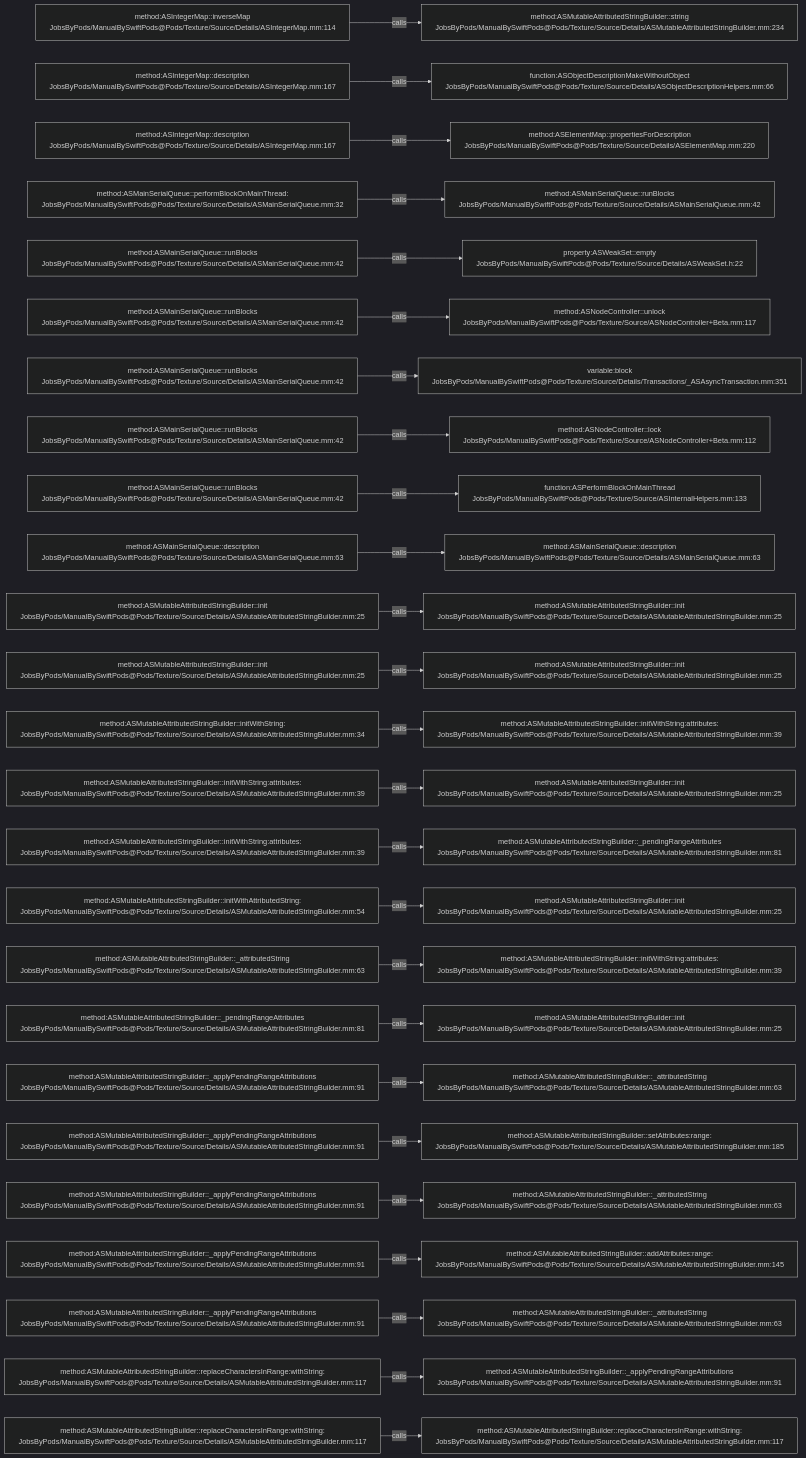
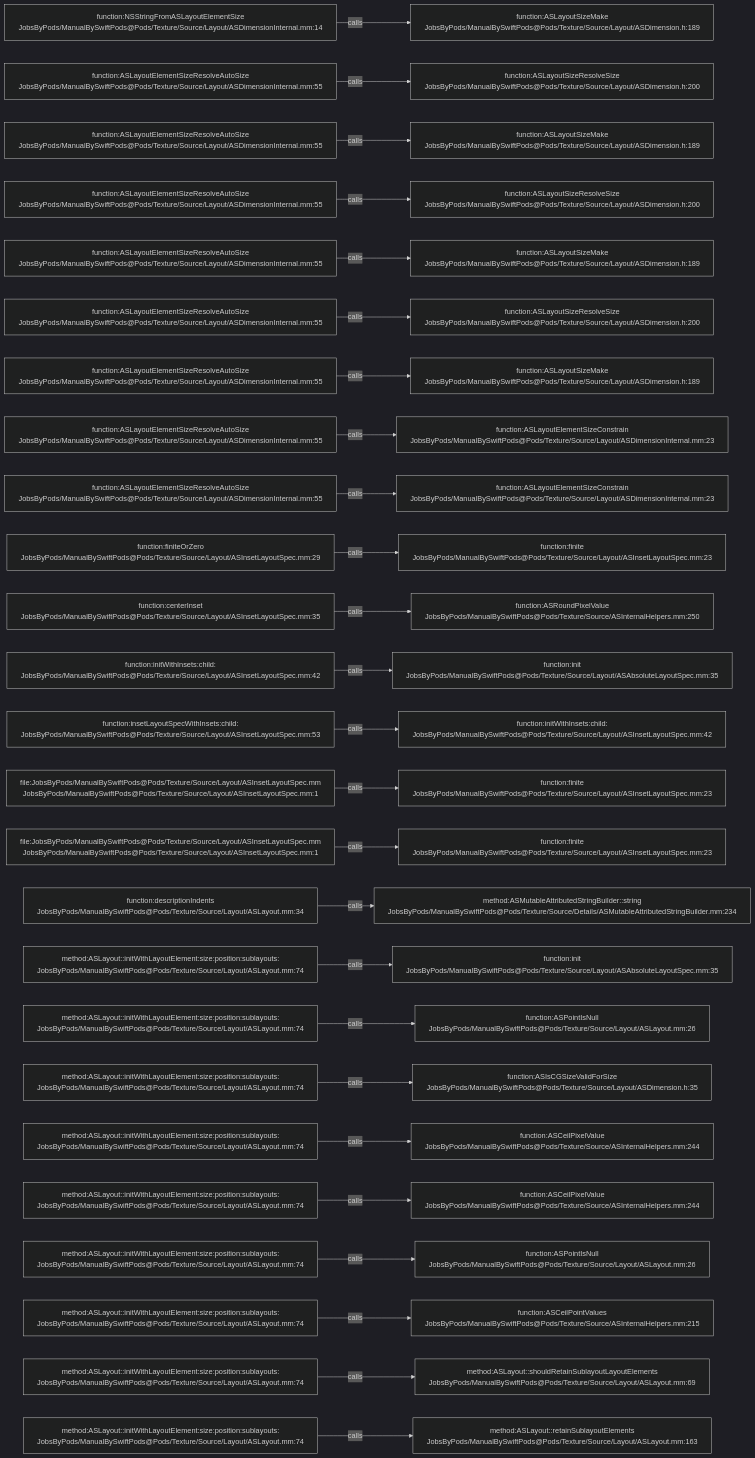
The diagram in .codegraph/codegraph.md/graphs/calls-108.md (JobsKits/JobsSwiftBaseConfigDemo), drawn with Mermaid (dark theme) before and after one commit. The commit also changed 832 other files, not shown here.

````diff
--- a/.codegraph/codegraph.md/graphs/calls-108.md
+++ b/.codegraph/codegraph.md/graphs/calls-108.md
@@ -13,78 +13,78 @@
 ```mermaid
 flowchart LR
-  S1["method:ASIntegerMap::inverseMap<br/>JobsByPods/ManualBySwiftPods@Pods/Texture/Source/Details/ASIntegerMap.mm:114"]
-  T1["method:ASMutableAttributedStringBuilder::string<br/>JobsByPods/ManualBySwiftPods@Pods/Texture/Source/Details/ASMutableAttributedStringBuilder.mm:234"]
+  S1["function:NSStringFromASLayoutElementSize<br/>JobsByPods/ManualBySwiftPods@Pods/Texture/Source/Layout/ASDimensionInternal.mm:14"]
+  T1["function:ASLayoutSizeMake<br/>JobsByPods/ManualBySwiftPods@Pods/Texture/Source/Layout/ASDimension.h:189"]
   S1 -->|calls| T1
-  S2["method:ASIntegerMap::description<br/>JobsByPods/ManualBySwiftPods@Pods/Texture/Source/Details/ASIntegerMap.mm:167"]
-  T2["function:ASObjectDescriptionMakeWithoutObject<br/>JobsByPods/ManualBySwiftPods@Pods/Texture/Source/Details/ASObjectDescriptionHelpers.mm:66"]
+  S2["function:ASLayoutElementSizeResolveAutoSize<br/>JobsByPods/ManualBySwiftPods@Pods/Texture/Source/Layout/ASDimensionInternal.mm:55"]
+  T2["function:ASLayoutSizeResolveSize<br/>JobsByPods/ManualBySwiftPods@Pods/Texture/Source/Layout/ASDimension.h:200"]
   S2 -->|calls| T2
-  S3["method:ASIntegerMap::description<br/>JobsByPods/ManualBySwiftPods@Pods/Texture/Source/Details/ASIntegerMap.mm:167"]
-  T3["method:ASElementMap::propertiesForDescription<br/>JobsByPods/ManualBySwiftPods@Pods/Texture/Source/Details/ASElementMap.mm:220"]
+  S3["function:ASLayoutElementSizeResolveAutoSize<br/>JobsByPods/ManualBySwiftPods@Pods/Texture/Source/Layout/ASDimensionInternal.mm:55"]
+  T3["function:ASLayoutSizeMake<br/>JobsByPods/ManualBySwiftPods@Pods/Texture/Source/Layout/ASDimension.h:189"]
   S3 -->|calls| T3
-  S4["method:ASMainSerialQueue::performBlockOnMainThread:<br/>JobsByPods/ManualBySwiftPods@Pods/Texture/Source/Details/ASMainSerialQueue.mm:32"]
-  T4["method:ASMainSerialQueue::runBlocks<br/>JobsByPods/ManualBySwiftPods@Pods/Texture/Source/Details/ASMainSerialQueue.mm:42"]
+  S4["function:ASLayoutElementSizeResolveAutoSize<br/>JobsByPods/ManualBySwiftPods@Pods/Texture/Source/Layout/ASDimensionInternal.mm:55"]
+  T4["function:ASLayoutSizeResolveSize<br/>JobsByPods/ManualBySwiftPods@Pods/Texture/Source/Layout/ASDimension.h:200"]
   S4 -->|calls| T4
-  S5["method:ASMainSerialQueue::runBlocks<br/>JobsByPods/ManualBySwiftPods@Pods/Texture/Source/Details/ASMainSerialQueue.mm:42"]
-  T5["property:ASWeakSet::empty<br/>JobsByPods/ManualBySwiftPods@Pods/Texture/Source/Details/ASWeakSet.h:22"]
+  S5["function:ASLayoutElementSizeResolveAutoSize<br/>JobsByPods/ManualBySwiftPods@Pods/Texture/Source/Layout/ASDimensionInternal.mm:55"]
+  T5["function:ASLayoutSizeMake<br/>JobsByPods/ManualBySwiftPods@Pods/Texture/Source/Layout/ASDimension.h:189"]
   S5 -->|calls| T5
-  S6["method:ASMainSerialQueue::runBlocks<br/>JobsByPods/ManualBySwiftPods@Pods/Texture/Source/Details/ASMainSerialQueue.mm:42"]
-  T6["method:ASNodeController::unlock<br/>JobsByPods/ManualBySwiftPods@Pods/Texture/Source/ASNodeController+Beta.mm:117"]
+  S6["function:ASLayoutElementSizeResolveAutoSize<br/>JobsByPods/ManualBySwiftPods@Pods/Texture/Source/Layout/ASDimensionInternal.mm:55"]
+  T6["function:ASLayoutSizeResolveSize<br/>JobsByPods/ManualBySwiftPods@Pods/Texture/Source/Layout/ASDimension.h:200"]
   S6 -->|calls| T6
-  S7["method:ASMainSerialQueue::runBlocks<br/>JobsByPods/ManualBySwiftPods@Pods/Texture/Source/Details/ASMainSerialQueue.mm:42"]
-  T7["variable:block<br/>JobsByPods/ManualBySwiftPods@Pods/Texture/Source/Details/Transactions/_ASAsyncTransaction.mm:351"]
+  S7["function:ASLayoutElementSizeResolveAutoSize<br/>JobsByPods/ManualBySwiftPods@Pods/Texture/Source/Layout/ASDimensionInternal.mm:55"]
+  T7["function:ASLayoutSizeMake<br/>JobsByPods/ManualBySwiftPods@Pods/Texture/Source/Layout/ASDimension.h:189"]
   S7 -->|calls| T7
-  S8["method:ASMainSerialQueue::runBlocks<br/>JobsByPods/ManualBySwiftPods@Pods/Texture/Source/Details/ASMainSerialQueue.mm:42"]
-  T8["method:ASNodeController::lock<br/>JobsByPods/ManualBySwiftPods@Pods/Texture/Source/ASNodeController+Beta.mm:112"]
+  S8["function:ASLayoutElementSizeResolveAutoSize<br/>JobsByPods/ManualBySwiftPods@Pods/Texture/Source/Layout/ASDimensionInternal.mm:55"]
+  T8["function:ASLayoutElementSizeConstrain<br/>JobsByPods/ManualBySwiftPods@Pods/Texture/Source/Layout/ASDimensionInternal.mm:23"]
   S8 -->|calls| T8
-  S9["method:ASMainSerialQueue::runBlocks<br/>JobsByPods/ManualBySwiftPods@Pods/Texture/Source/Details/ASMainSerialQueue.mm:42"]
-  T9["function:ASPerformBlockOnMainThread<br/>JobsByPods/ManualBySwiftPods@Pods/Texture/Source/ASInternalHelpers.mm:133"]
+  S9["function:ASLayoutElementSizeResolveAutoSize<br/>JobsByPods/ManualBySwiftPods@Pods/Texture/Source/Layout/ASDimensionInternal.mm:55"]
+  T9["function:ASLayoutElementSizeConstrain<br/>JobsByPods/ManualBySwiftPods@Pods/Texture/Source/Layout/ASDimensionInternal.mm:23"]
   S9 -->|calls| T9
-  S10["method:ASMainSerialQueue::description<br/>JobsByPods/ManualBySwiftPods@Pods/Texture/Source/Details/ASMainSerialQueue.mm:63"]
-  T10["method:ASMainSerialQueue::description<br/>JobsByPods/ManualBySwiftPods@Pods/Texture/Source/Details/ASMainSerialQueue.mm:63"]
+  S10["function:finiteOrZero<br/>JobsByPods/ManualBySwiftPods@Pods/Texture/Source/Layout/ASInsetLayoutSpec.mm:29"]
+  T10["function:finite<br/>JobsByPods/ManualBySwiftPods@Pods/Texture/Source/Layout/ASInsetLayoutSpec.mm:23"]
   S10 -->|calls| T10
-  S11["method:ASMutableAttributedStringBuilder::init<br/>JobsByPods/ManualBySwiftPods@Pods/Texture/Source/Details/ASMutableAttributedStringBuilder.mm:25"]
-  T11["method:ASMutableAttributedStringBuilder::init<br/>JobsByPods/ManualBySwiftPods@Pods/Texture/Source/Details/ASMutableAttributedStringBuilder.mm:25"]
+  S11["function:centerInset<br/>JobsByPods/ManualBySwiftPods@Pods/Texture/Source/Layout/ASInsetLayoutSpec.mm:35"]
+  T11["function:ASRoundPixelValue<br/>JobsByPods/ManualBySwiftPods@Pods/Texture/Source/ASInternalHelpers.mm:250"]
   S11 -->|calls| T11
-  S12["method:ASMutableAttributedStringBuilder::init<br/>JobsByPods/ManualBySwiftPods@Pods/Texture/Source/Details/ASMutableAttributedStringBuilder.mm:25"]
-  T12["method:ASMutableAttributedStringBuilder::init<br/>JobsByPods/ManualBySwiftPods@Pods/Texture/Source/Details/ASMutableAttributedStringBuilder.mm:25"]
+  S12["function:initWithInsets:child:<br/>JobsByPods/ManualBySwiftPods@Pods/Texture/Source/Layout/ASInsetLayoutSpec.mm:42"]
+  T12["function:init<br/>JobsByPods/ManualBySwiftPods@Pods/Texture/Source/Layout/ASAbsoluteLayoutSpec.mm:35"]
   S12 -->|calls| T12
-  S13["method:ASMutableAttributedStringBuilder::initWithString:<br/>JobsByPods/ManualBySwiftPods@Pods/Texture/Source/Details/ASMutableAttributedStringBuilder.mm:34"]
-  T13["method:ASMutableAttributedStringBuilder::initWithString:attributes:<br/>JobsByPods/ManualBySwiftPods@Pods/Texture/Source/Details/ASMutableAttributedStringBuilder.mm:39"]
+  S13["function:insetLayoutSpecWithInsets:child:<br/>JobsByPods/ManualBySwiftPods@Pods/Texture/Source/Layout/ASInsetLayoutSpec.mm:53"]
+  T13["function:initWithInsets:child:<br/>JobsByPods/ManualBySwiftPods@Pods/Texture/Source/Layout/ASInsetLayoutSpec.mm:42"]
   S13 -->|calls| T13
-  S14["method:ASMutableAttributedStringBuilder::initWithString:attributes:<br/>JobsByPods/ManualBySwiftPods@Pods/Texture/Source/Details/ASMutableAttributedStringBuilder.mm:39"]
-  T14["method:ASMutableAttributedStringBuilder::init<br/>JobsByPods/ManualBySwiftPods@Pods/Texture/Source/Details/ASMutableAttributedStringBuilder.mm:25"]
+  S14["file:JobsByPods/ManualBySwiftPods@Pods/Texture/Source/Layout/ASInsetLayoutSpec.mm<br/>JobsByPods/ManualBySwiftPods@Pods/Texture/Source/Layout/ASInsetLayoutSpec.mm:1"]
+  T14["function:finite<br/>JobsByPods/ManualBySwiftPods@Pods/Texture/Source/Layout/ASInsetLayoutSpec.mm:23"]
   S14 -->|calls| T14
-  S15["method:ASMutableAttributedStringBuilder::initWithString:attributes:<br/>JobsByPods/ManualBySwiftPods@Pods/Texture/Source/Details/ASMutableAttributedStringBuilder.mm:39"]
-  T15["method:ASMutableAttributedStringBuilder::_pendingRangeAttributes<br/>JobsByPods/ManualBySwiftPods@Pods/Texture/Source/Details/ASMutableAttributedStringBuilder.mm:81"]
+  S15["file:JobsByPods/ManualBySwiftPods@Pods/Texture/Source/Layout/ASInsetLayoutSpec.mm<br/>JobsByPods/ManualBySwiftPods@Pods/Texture/Source/Layout/ASInsetLayoutSpec.mm:1"]
+  T15["function:finite<br/>JobsByPods/ManualBySwiftPods@Pods/Texture/Source/Layout/ASInsetLayoutSpec.mm:23"]
   S15 -->|calls| T15
-  S16["method:ASMutableAttributedStringBuilder::initWithAttributedString:<br/>JobsByPods/ManualBySwiftPods@Pods/Texture/Source/Details/ASMutableAttributedStringBuilder.mm:54"]
-  T16["method:ASMutableAttributedStringBuilder::init<br/>JobsByPods/ManualBySwiftPods@Pods/Texture/Source/Details/ASMutableAttributedStringBuilder.mm:25"]
+  S16["function:descriptionIndents<br/>JobsByPods/ManualBySwiftPods@Pods/Texture/Source/Layout/ASLayout.mm:34"]
+  T16["method:ASMutableAttributedStringBuilder::string<br/>JobsByPods/ManualBySwiftPods@Pods/Texture/Source/Details/ASMutableAttributedStringBuilder.mm:234"]
   S16 -->|calls| T16
-  S17["method:ASMutableAttributedStringBuilder::_attributedString<br/>JobsByPods/ManualBySwiftPods@Pods/Texture/Source/Details/ASMutableAttributedStringBuilder.mm:63"]
-  T17["method:ASMutableAttributedStringBuilder::initWithString:attributes:<br/>JobsByPods/ManualBySwiftPods@Pods/Texture/Source/Details/ASMutableAttributedStringBuilder.mm:39"]
+  S17["method:ASLayout::initWithLayoutElement:size:position:sublayouts:<br/>JobsByPods/ManualBySwiftPods@Pods/Texture/Source/Layout/ASLayout.mm:74"]
+  T17["function:init<br/>JobsByPods/ManualBySwiftPods@Pods/Texture/Source/Layout/ASAbsoluteLayoutSpec.mm:35"]
   S17 -->|calls| T17
-  S18["method:ASMutableAttributedStringBuilder::_pendingRangeAttributes<br/>JobsByPods/ManualBySwiftPods@Pods/Texture/Source/Details/ASMutableAttributedStringBuilder.mm:81"]
-  T18["method:ASMutableAttributedStringBuilder::init<br/>JobsByPods/ManualBySwiftPods@Pods/Texture/Source/Details/ASMutableAttributedStringBuilder.mm:25"]
+  S18["method:ASLayout::initWithLayoutElement:size:position:sublayouts:<br/>JobsByPods/ManualBySwiftPods@Pods/Texture/Source/Layout/ASLayout.mm:74"]
+  T18["function:ASPointIsNull<br/>JobsByPods/ManualBySwiftPods@Pods/Texture/Source/Layout/ASLayout.mm:26"]
   S18 -->|calls| T18
-  S19["method:ASMutableAttributedStringBuilder::_applyPendingRangeAttributions<br/>JobsByPods/ManualBySwiftPods@Pods/Texture/Source/Details/ASMutableAttributedStringBuilder.mm:91"]
-  T19["method:ASMutableAttributedStringBuilder::_attributedString<br/>JobsByPods/ManualBySwiftPods@Pods/Texture/Source/Details/ASMutableAttributedStringBuilder.mm:63"]
+  S19["method:ASLayout::initWithLayoutElement:size:position:sublayouts:<br/>JobsByPods/ManualBySwiftPods@Pods/Texture/Source/Layout/ASLayout.mm:74"]
+  T19["function:ASIsCGSizeValidForSize<br/>JobsByPods/ManualBySwiftPods@Pods/Texture/Source/Layout/ASDimension.h:35"]
   S19 -->|calls| T19
-  S20["method:ASMutableAttributedStringBuilder::_applyPendingRangeAttributions<br/>JobsByPods/ManualBySwiftPods@Pods/Texture/Source/Details/ASMutableAttributedStringBuilder.mm:91"]
-  T20["method:ASMutableAttributedStringBuilder::setAttributes:range:<br/>JobsByPods/ManualBySwiftPods@Pods/Texture/Source/Details/ASMutableAttributedStringBuilder.mm:185"]
+  S20["method:ASLayout::initWithLayoutElement:size:position:sublayouts:<br/>JobsByPods/ManualBySwiftPods@Pods/Texture/Source/Layout/ASLayout.mm:74"]
+  T20["function:ASCeilPixelValue<br/>JobsByPods/ManualBySwiftPods@Pods/Texture/Source/ASInternalHelpers.mm:244"]
   S20 -->|calls| T20
-  S21["method:ASMutableAttributedStringBuilder::_applyPendingRangeAttributions<br/>JobsByPods/ManualBySwiftPods@Pods/Texture/Source/Details/ASMutableAttributedStringBuilder.mm:91"]
-  T21["method:ASMutableAttributedStringBuilder::_attributedString<br/>JobsByPods/ManualBySwiftPods@Pods/Texture/Source/Details/ASMutableAttributedStringBuilder.mm:63"]
+  S21["method:ASLayout::initWithLayoutElement:size:position:sublayouts:<br/>JobsByPods/ManualBySwiftPods@Pods/Texture/Source/Layout/ASLayout.mm:74"]
+  T21["function:ASCeilPixelValue<br/>JobsByPods/ManualBySwiftPods@Pods/Texture/Source/ASInternalHelpers.mm:244"]
   S21 -->|calls| T21
-  S22["method:ASMutableAttributedStringBuilder::_applyPendingRangeAttributions<br/>JobsByPods/ManualBySwiftPods@Pods/Texture/Source/Details/ASMutableAttributedStringBuilder.mm:91"]
-  T22["method:ASMutableAttributedStringBuilder::addAttributes:range:<br/>JobsByPods/ManualBySwiftPods@Pods/Texture/Source/Details/ASMutableAttributedStringBuilder.mm:145"]
+  S22["method:ASLayout::initWithLayoutElement:size:position:sublayouts:<br/>JobsByPods/ManualBySwiftPods@Pods/Texture/Source/Layout/ASLayout.mm:74"]
+  T22["function:ASPointIsNull<br/>JobsByPods/ManualBySwiftPods@Pods/Texture/Source/Layout/ASLayout.mm:26"]
   S22 -->|calls| T22
-  S23["method:ASMutableAttributedStringBuilder::_applyPendingRangeAttributions<br/>JobsByPods/ManualBySwiftPods@Pods/Texture/Source/Details/ASMutableAttributedStringBuilder.mm:91"]
-  T23["method:ASMutableAttributedStringBuilder::_attributedString<br/>JobsByPods/ManualBySwiftPods@Pods/Texture/Source/Details/ASMutableAttributedStringBuilder.mm:63"]
+  S23["method:ASLayout::initWithLayoutElement:size:position:sublayouts:<br/>JobsByPods/ManualBySwiftPods@Pods/Texture/Source/Layout/ASLayout.mm:74"]
+  T23["function:ASCeilPointValues<br/>JobsByPods/ManualBySwiftPods@Pods/Texture/Source/ASInternalHelpers.mm:215"]
   S23 -->|calls| T23
-  S24["method:ASMutableAttributedStringBuilder::replaceCharactersInRange:withString:<br/>JobsByPods/ManualBySwiftPods@Pods/Texture/Source/Details/ASMutableAttributedStringBuilder.mm:117"]
-  T24["method:ASMutableAttributedStringBuilder::_applyPendingRangeAttributions<br/>JobsByPods/ManualBySwiftPods@Pods/Texture/Source/Details/ASMutableAttributedStringBuilder.mm:91"]
+  S24["method:ASLayout::initWithLayoutElement:size:position:sublayouts:<br/>JobsByPods/ManualBySwiftPods@Pods/Texture/Source/Layout/ASLayout.mm:74"]
+  T24["method:ASLayout::shouldRetainSublayoutLayoutElements<br/>JobsByPods/ManualBySwiftPods@Pods/Texture/Source/Layout/ASLayout.mm:69"]
   S24 -->|calls| T24
-  S25["method:ASMutableAttributedStringBuilder::replaceCharactersInRange:withString:<br/>JobsByPods/ManualBySwiftPods@Pods/Texture/Source/Details/ASMutableAttributedStringBuilder.mm:117"]
-  T25["method:ASMutableAttributedStringBuilder::replaceCharactersInRange:withString:<br/>JobsByPods/ManualBySwiftPods@Pods/Texture/Source/Details/ASMutableAttributedStringBuilder.mm:117"]
+  S25["method:ASLayout::initWithLayoutElement:size:position:sublayouts:<br/>JobsByPods/ManualBySwiftPods@Pods/Texture/Source/Layout/ASLayout.mm:74"]
+  T25["method:ASLayout::retainSublayoutElements<br/>JobsByPods/ManualBySwiftPods@Pods/Texture/Source/Layout/ASLayout.mm:163"]
   S25 -->|calls| T25
 ```
````
